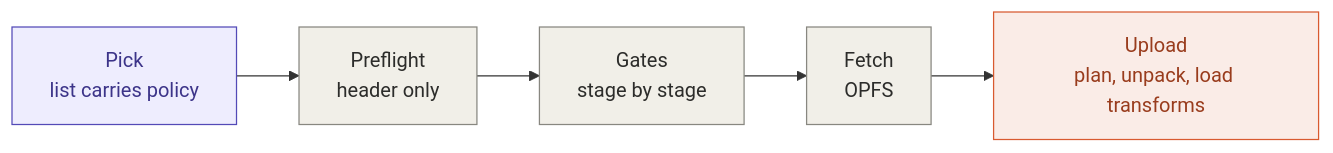
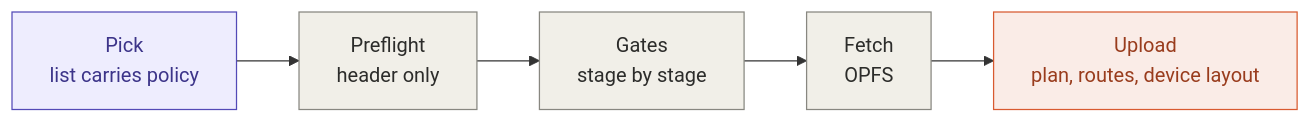
The first of 3 diagrams in docs/architecture/logical-overview.md (plainsight-systems/browser-llm), drawn with Mermaid before and after one commit. The commit also changed other lines of this file and 16 other files, not shown here.

First line of the commit message:
Design Upload in headers: routes, piece writer, device layout

````diff
--- a/docs/architecture/logical-overview.md
+++ b/docs/architecture/logical-overview.md
@@ -21,12 +21,12 @@
 ```mermaid
 flowchart LR
     pick["Pick<br/>list carries policy"] --> pf["Preflight<br/>header only"]
     pf --> gates["Gates<br/>stage by stage"]
     gates --> fetch["Fetch<br/>OPFS"]
-    fetch --> upload["Upload<br/>plan, unpack, load transforms"]
+    fetch --> upload["Upload<br/>plan, routes, device layout"]
     classDef default fill:#F1EFE8,stroke:#888780,color:#2C2C2A
     classDef fork fill:#FAECE7,stroke:#D85A30,color:#993C1D
     classDef policy fill:#EEEDFE,stroke:#534AB7,color:#3C3489
     class upload fork
     class pick policy
 ```
````
